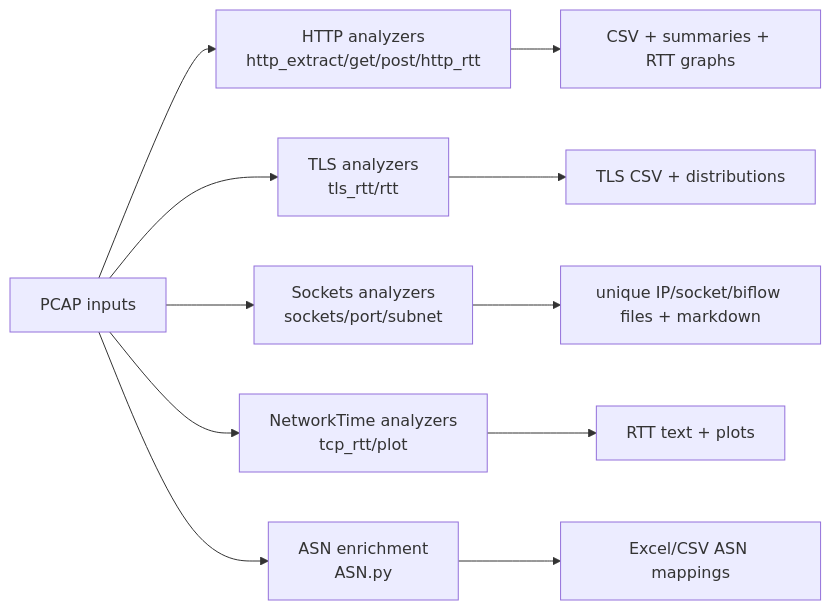
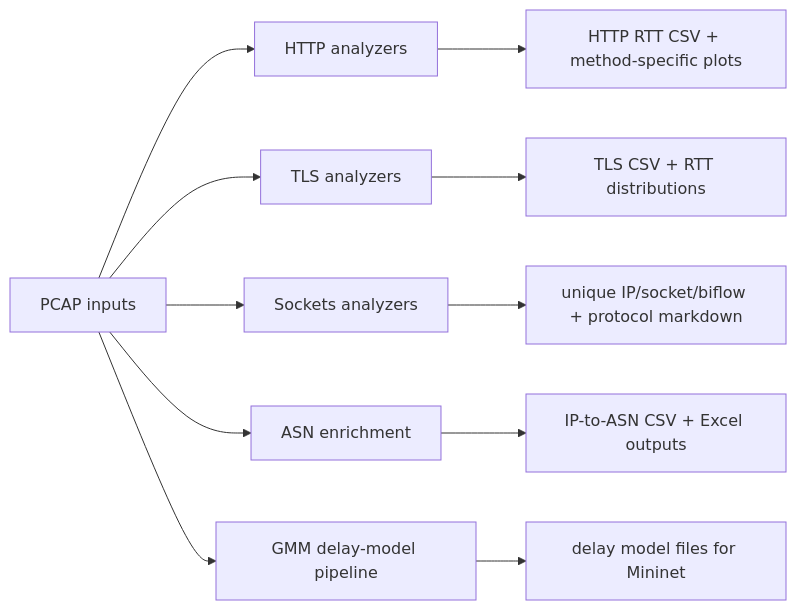
One commit to mayanksinghk/IRCTC-Simulator changed the fourth of 4 diagrams in docs/ARCHITECTURE.md. Above: the diagram before and after it, drawn with Mermaid. The commit also changed other lines of this file and 3 other files, not shown here.

````diff
--- a/docs/ARCHITECTURE.md
+++ b/docs/ARCHITECTURE.md
@@ -84,14 +107,14 @@
 ```mermaid
 flowchart LR
-  P[PCAP inputs] --> H1[HTTP analyzers\nhttp_extract/get/post/http_rtt]
-  P --> T1[TLS analyzers\ntls_rtt/rtt]
-  P --> S1[Sockets analyzers\nsockets/port/subnet]
-  P --> N1[NetworkTime analyzers\ntcp_rtt/plot]
-  P --> A1[ASN enrichment\nASN.py]
+  P[PCAP inputs] --> H1[HTTP analyzers]
+  P --> T1[TLS analyzers]
+  P --> S1[Sockets analyzers]
+  P --> A1[ASN enrichment]
+  P --> G1[GMM delay-model pipeline]
 
-  H1 --> O1[CSV + summaries + RTT graphs]
-  T1 --> O2[TLS CSV + distributions]
-  S1 --> O3[unique IP/socket/biflow files + markdown]
-  N1 --> O4[RTT text + plots]
-  A1 --> O5[Excel/CSV ASN mappings]
+  H1 --> O1[HTTP RTT CSV + method-specific plots]
+  T1 --> O2[TLS CSV + RTT distributions]
+  S1 --> O3[unique IP/socket/biflow + protocol markdown]
+  A1 --> O4[IP-to-ASN CSV + Excel outputs]
+  G1 --> O5[delay model files for Mininet]
 ```
````
